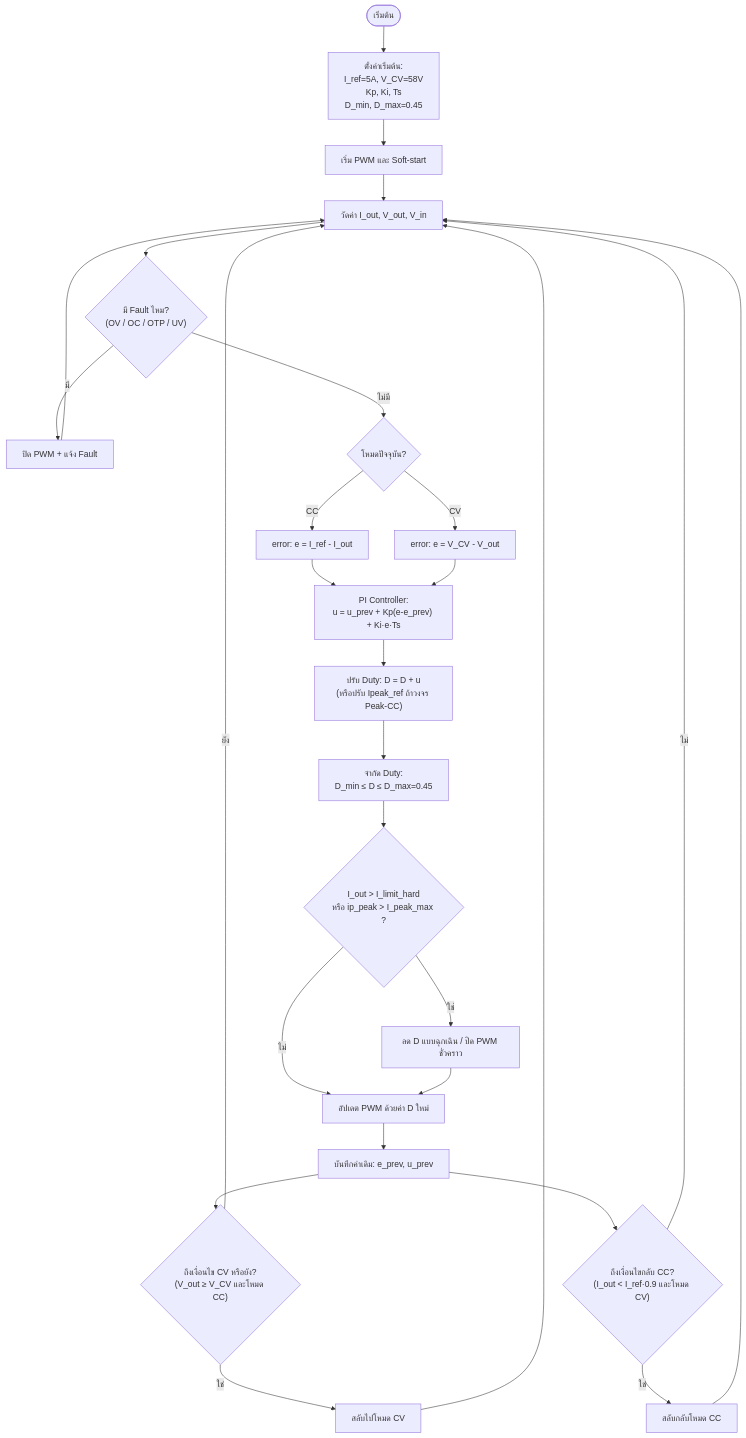
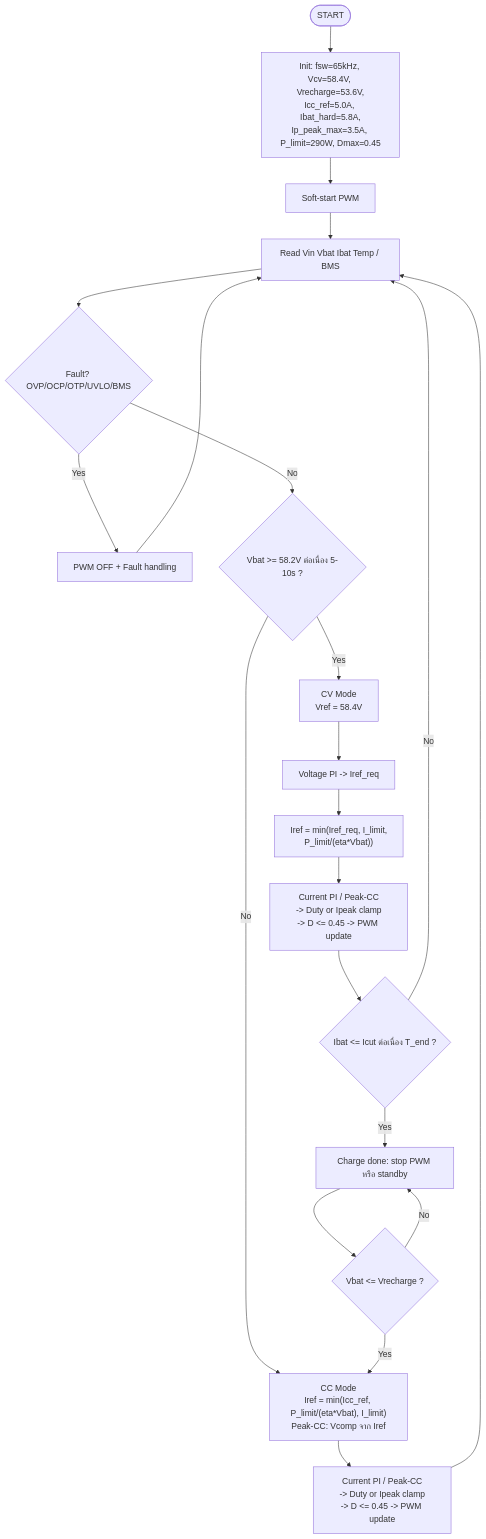
The diagram in docs/flowchart-cc-cv-forward.mmd (phoomipornker-code/code), drawn with Mermaid before and after one commit. The commit also changed 1 other file, not shown here.

Commit message:
Adapt boost-style CC/CV charge flowchart for forward
Mirror soft-start, fault, CC, CV, charge-done, and recharge flow
with Forward limits: 65 kHz, 5 A, 58.4 V, Dmax 0.45, no MPPT.

```diff
--- a/docs/flowchart-cc-cv-forward.mmd
+++ b/docs/flowchart-cc-cv-forward.mmd
@@ -1,27 +1,22 @@
 flowchart TD
-    A([เริ่มต้น]) --> B["ตั้งค่าเริ่มต้น:<br/>I_ref=5A, V_CV=58V<br/>Kp, Ki, Ts<br/>D_min, D_max=0.45"]
-    B --> C[เริ่ม PWM และ Soft-start]
-    C --> D[วัดค่า I_out, V_out, V_in]
-    D --> E{"มี Fault ไหม?<br/>(OV / OC / OTP / UV)"}
-    E -- มี --> F[ปิด PWM + แจ้ง Fault]
-    F --> D
-    E -- ไม่มี --> G{"โหมดปัจจุบัน?"}
-    G -- CC --> H["error: e = I_ref - I_out"]
-    G -- CV --> I["error: e = V_CV - V_out"]
-    H --> J["PI Controller:<br/>u = u_prev + Kp(e-e_prev) + Ki·e·Ts"]
-    I --> J
-    J --> K["ปรับ Duty: D = D + u<br/>(หรือปรับ Ipeak_ref ถ้าวงจร Peak-CC)"]
-    K --> L["จำกัด Duty:<br/>D_min ≤ D ≤ D_max=0.45"]
-    L --> M{"I_out > I_limit_hard<br/>หรือ ip_peak > I_peak_max ?"}
-    M -- ใช่ --> N[ลด D แบบฉุกเฉิน / ปิด PWM ชั่วคราว]
-    M -- ไม่ --> O[อัปเดต PWM ด้วยค่า D ใหม่]
-    N --> O
-    O --> P[บันทึกค่าเดิม: e_prev, u_prev]
-    P --> Q{"ถึงเงื่อนไข CV หรือยัง?<br/>(V_out ≥ V_CV และโหมด CC)"}
-    Q -- ยัง --> D
-    Q -- ใช่ --> R[สลับไปโหมด CV]
-    R --> D
-    P --> S{"ถึงเงื่อนไขกลับ CC?<br/>(I_out < I_ref·0.9 และโหมด CV)"}
-    S -- ใช่ --> T[สลับกลับโหมด CC]
-    S -- ไม่ --> D
-    T --> D
+    A([START]) --> B["Init: fsw=65kHz, Vcv=58.4V, Vrecharge=53.6V,\nIcc_ref=5.0A, Ibat_hard=5.8A,\nIp_peak_max=3.5A, P_limit=290W, Dmax=0.45"]
+    B --> C[Soft-start PWM]
+    C --> D[Read Vin Vbat Ibat Temp / BMS]
+    D --> E{Fault? OVP/OCP/OTP/UVLO/BMS}
+    E -- Yes --> X[PWM OFF + Fault handling] --> D
+    E -- No --> F{Vbat >= 58.2V ต่อเนื่อง 5-10s ?}
+
+    F -- No --> G["CC Mode\nIref = min(Icc_ref, P_limit/(eta*Vbat), I_limit)\nPeak-CC: Vcomp จาก Iref"]
+    G --> H["Current PI / Peak-CC\n-> Duty or Ipeak clamp\n-> D <= 0.45 -> PWM update"]
+    H --> D
+
+    F -- Yes --> I["CV Mode\nVref = 58.4V"]
+    I --> J[Voltage PI -> Iref_req]
+    J --> K["Iref = min(Iref_req, I_limit,\nP_limit/(eta*Vbat))"]
+    K --> L["Current PI / Peak-CC\n-> Duty or Ipeak clamp\n-> D <= 0.45 -> PWM update"]
+    L --> M{Ibat <= Icut ต่อเนื่อง T_end ?}
+    M -- No --> D
+    M -- Yes --> N[Charge done: stop PWM หรือ standby]
+    N --> O{Vbat <= Vrecharge ?}
+    O -- Yes --> G
+    O -- No --> N
```
